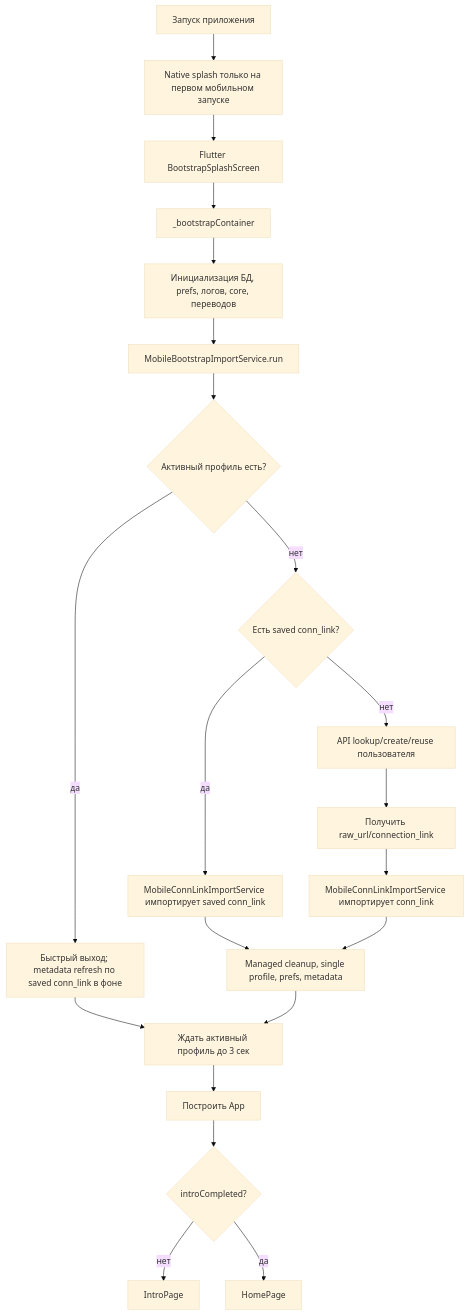
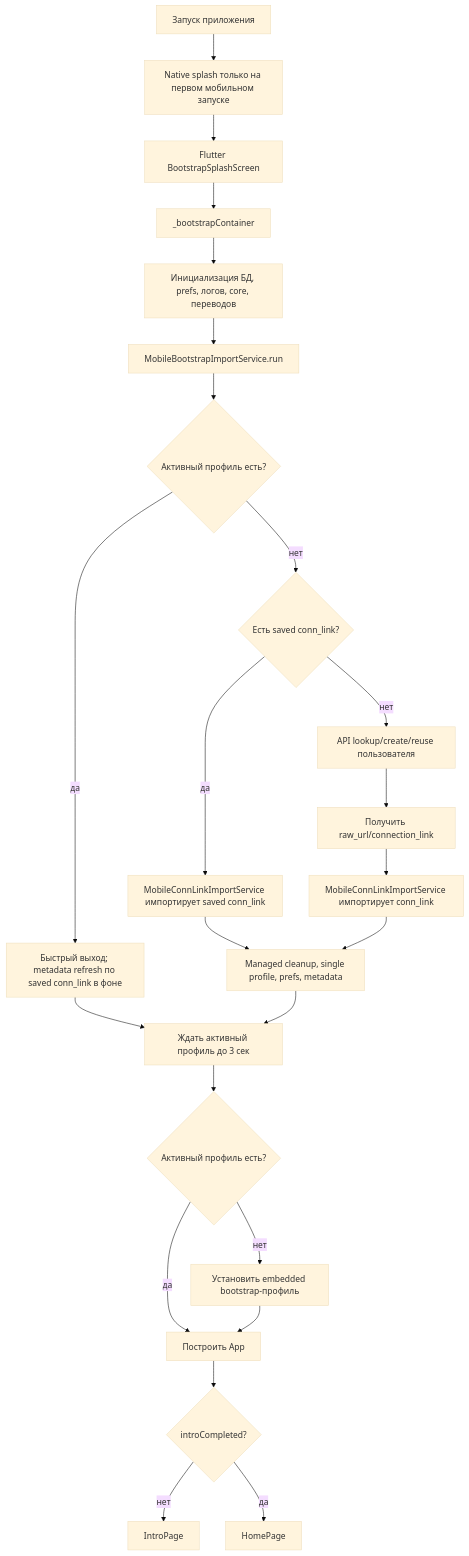
One commit to actemendes/zeon-app changed the diagram in docs/mobile_startup_flow.md. Above: the diagram before and after it, drawn with Mermaid (base theme). The commit also changed other lines of this file and 17 other files, not shown here.

````diff
--- a/docs/mobile_startup_flow.md
+++ b/docs/mobile_startup_flow.md
@@ -28,23 +29,26 @@
 ```mermaid
 flowchart TD
     A[Запуск приложения] --> B[Native splash только на первом мобильном запуске]
     B --> C[Flutter BootstrapSplashScreen]
     C --> D[_bootstrapContainer]
     D --> E[Инициализация БД, prefs, логов, core, переводов]
     E --> F[MobileBootstrapImportService.run]
     F --> G{Активный профиль есть?}
     G -- да --> H[Быстрый выход; metadata refresh по saved conn_link в фоне]
     G -- нет --> I{Есть saved conn_link?}
     I -- да --> J[MobileConnLinkImportService импортирует saved conn_link]
     I -- нет --> K[API lookup/create/reuse пользователя]
     K --> L[Получить raw_url/connection_link]
     L --> M[MobileConnLinkImportService импортирует conn_link]
     J --> N[Managed cleanup, single profile, prefs, metadata]
     M --> N
     H --> O[Ждать активный профиль до 3 сек]
     N --> O
-    O --> P[Построить App]
-    P --> Q{introCompleted?}
-    Q -- нет --> R[IntroPage]
-    Q -- да --> S[HomePage]
+    O --> P{Активный профиль есть?}
+    P -- нет --> P1[Установить embedded bootstrap-профиль]
+    P -- да --> Q[Построить App]
+    P1 --> Q
+    Q --> R{introCompleted?}
+    R -- нет --> S[IntroPage]
+    R -- да --> T[HomePage]
 ```
````
